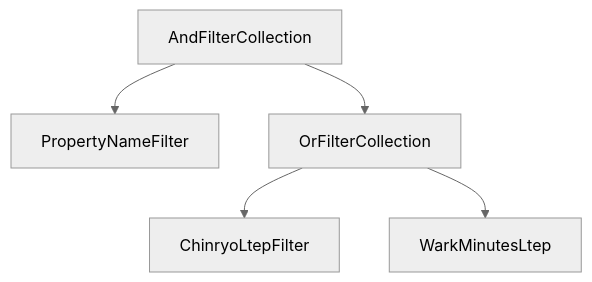
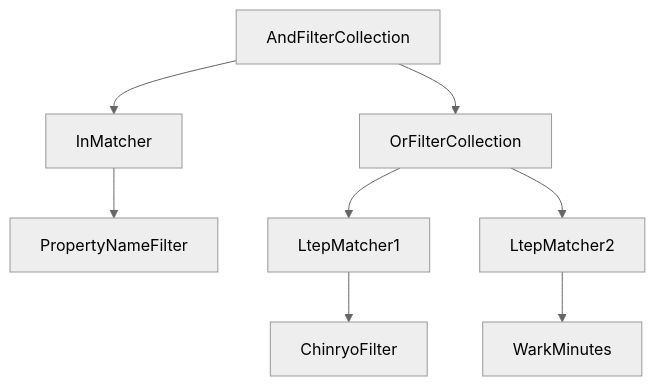
Before and after one commit to yuyakawai0411/programming_notes: the diagram in gof_design_patterns/interpreter/interpreter_patterns.md, drawn with Mermaid (neutral theme). The commit also changed other lines of this file and 3 other files, not shown here.

````diff
--- a/gof_design_patterns/interpreter/interpreter_patterns.md
+++ b/gof_design_patterns/interpreter/interpreter_patterns.md
@@ -387,7 +339,10 @@
 ```mermaid
 graph TD;
-  AndFilterCollection-->PropertyNameFilter;
+  AndFilterCollection-->InMatcher;
+  InMatcher-->PropertyNameFilter;
   AndFilterCollection-->OrFilterCollection;
-  OrFilterCollection-->ChinryoLtepFilter;
-  OrFilterCollection-->WarkMinutesLtep;
+  OrFilterCollection-->LtepMatcher1;
+  LtepMatcher1-->ChinryoFilter;
+  OrFilterCollection-->LtepMatcher2;
+  LtepMatcher2-->WarkMinutes;
 ```
````
